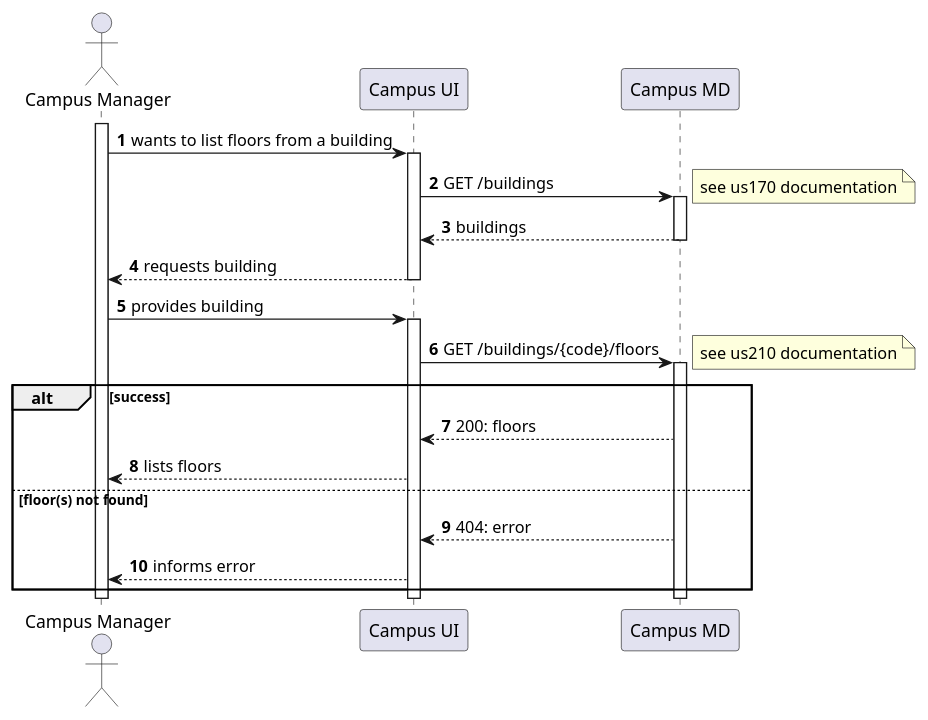
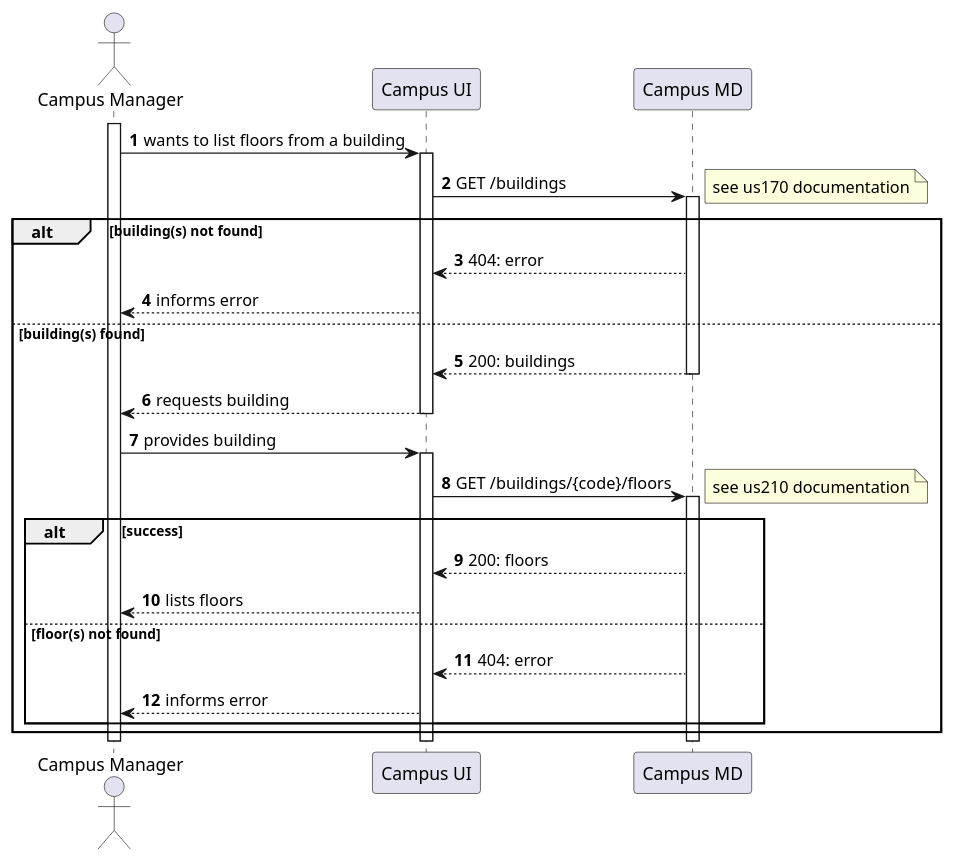
Before and after one commit to Departamento-de-Engenharia-Informatica/lapr5-23-24-g19: the diagram in docs/us1100/level2/process-view.puml, drawn with PlantUML. The commit also changed 3 other files, not shown here.

```diff
--- a/docs/us1100/level2/process-view.puml
+++ b/docs/us1100/level2/process-view.puml
@@ -1,38 +1,44 @@
 @startuml
 autonumber
 
 actor "Campus Manager" as usr
 
 participant "Campus UI" as ui
 
 'TODO: call it just 'MD'?
 participant "Campus MD" as md
 
 activate usr
     usr -> ui : wants to list floors from a building
     activate ui
         ui -> md : GET /buildings
-        activate md
-            note right : see us170 documentation
-            md --> ui : buildings
-        deactivate md
-        ui --> usr : requests building
-    deactivate ui
-
-    usr -> ui : provides building
-    activate ui
-        ui -> md : GET /buildings/{code}/floors
-        activate md
-            note right : see us210 documentation
-            alt success
-                md --> ui : 200: floors
-                ui --> usr : lists floors
-            else floor(s) not found
+    alt building(s) not found
+            activate md
+                note right : see us170 documentation
                 md --> ui : 404: error
                 ui --> usr : informs error
-            end
+
+    else building(s) found
+            md --> ui : 200: buildings
+            deactivate md
+            ui --> usr : requests building
+        deactivate ui
+
+        usr -> ui : provides building
+        activate ui
+            ui -> md : GET /buildings/{code}/floors
+            activate md
+                note right : see us210 documentation
+                alt success
+                    md --> ui : 200: floors
+                    ui --> usr : lists floors
+                else floor(s) not found
+                    md --> ui : 404: error
+                    ui --> usr : informs error
+                end
+    end
         deactivate md
     deactivate ui
 deactivate usr
 
 @enduml
```
